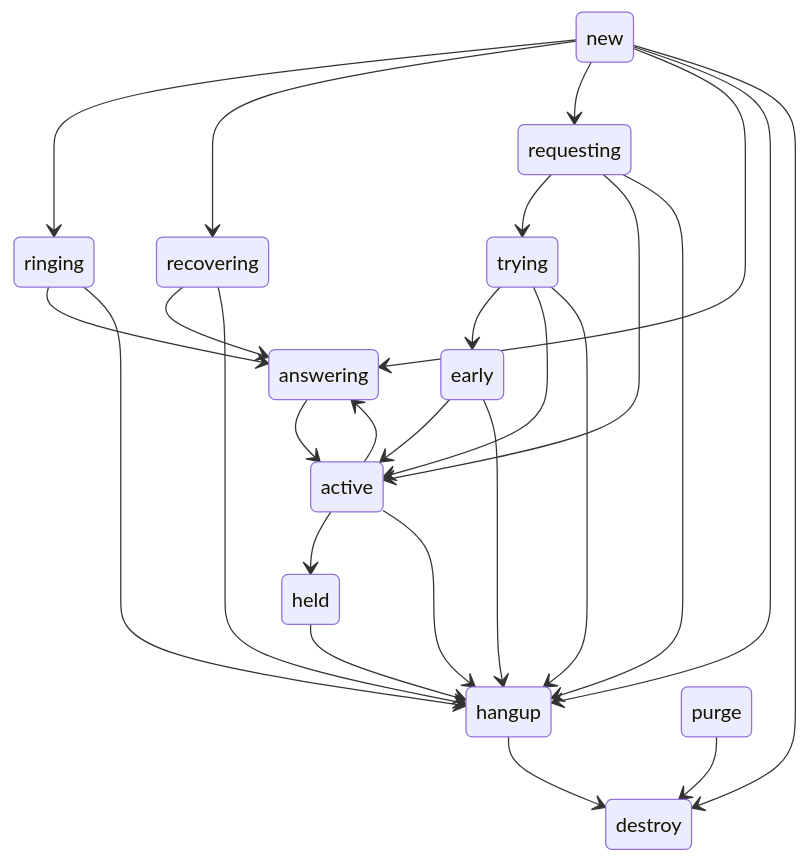
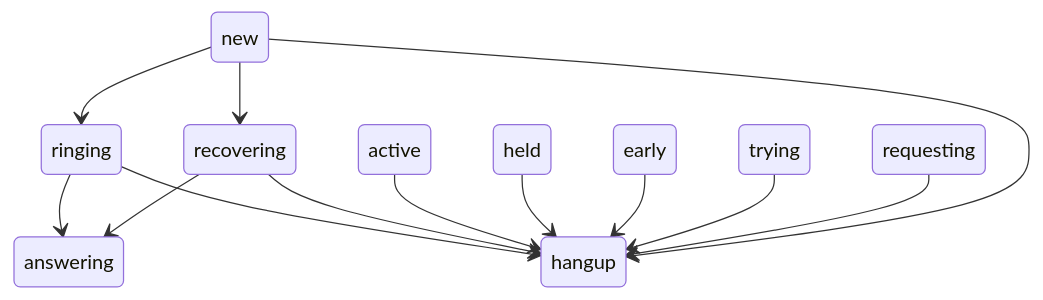
One commit to bjenning04/foam changed the fourth of 4 diagrams in verto-design.md. Above: the diagram before and after it, drawn with Mermaid.

Commit message:
May 4, 2026, 5:50 PM

````diff
--- a/verto-design.md
+++ b/verto-design.md
@@ -318,35 +318,15 @@
 ```mermaid
 stateDiagram
     new --> ringing
+    ringing --> answering
+    ringing --> hangup
     new --> recovering
-    new --> requesting
-    requesting --> trying
-
-    trying --> early
-
-    requesting --> active
-    trying --> active
-    early --> active
-
-    ringing --> answering
-    new --> answering
     recovering --> answering
-    active --> answering
-
-    active --> held
-
-    ringing --> hangup
     recovering --> hangup
     active --> hangup
     held --> hangup
     early --> hangup
     trying --> hangup
     requesting --> hangup
     new --> hangup
-
-    hangup --> destroy
-    new --> destroy
-    purge --> destroy
-
-    answering --> active
 ```
````
